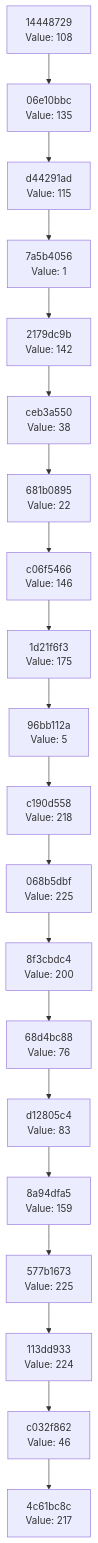
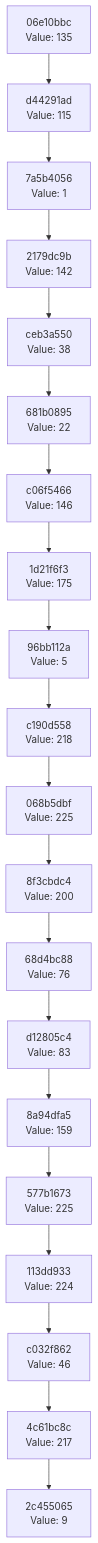
One commit to Abhisheksinha1506/hash-chain-evolver changed the diagram in docs/CHAIN_VISUALIZATION.md. Above: the diagram before and after it, drawn with Mermaid. The commit also changed 2 other files, not shown here.

Commit message:
Evolution Step

````diff
--- a/docs/CHAIN_VISUALIZATION.md
+++ b/docs/CHAIN_VISUALIZATION.md
@@ -3,42 +3,42 @@
 ```mermaid
 graph TD
-    C0["4c61bc8c<br/>Value: 217"]
-    C1["c032f862<br/>Value: 46"]
+    C0["2c455065<br/>Value: 9"]
+    C1["4c61bc8c<br/>Value: 217"]
     C1 --> C0
-    C2["113dd933<br/>Value: 224"]
+    C2["c032f862<br/>Value: 46"]
     C2 --> C1
-    C3["577b1673<br/>Value: 225"]
+    C3["113dd933<br/>Value: 224"]
     C3 --> C2
-    C4["8a94dfa5<br/>Value: 159"]
+    C4["577b1673<br/>Value: 225"]
     C4 --> C3
-    C5["d12805c4<br/>Value: 83"]
+    C5["8a94dfa5<br/>Value: 159"]
     C5 --> C4
-    C6["68d4bc88<br/>Value: 76"]
+    C6["d12805c4<br/>Value: 83"]
     C6 --> C5
-    C7["8f3cbdc4<br/>Value: 200"]
+    C7["68d4bc88<br/>Value: 76"]
     C7 --> C6
-    C8["068b5dbf<br/>Value: 225"]
+    C8["8f3cbdc4<br/>Value: 200"]
     C8 --> C7
-    C9["c190d558<br/>Value: 218"]
+    C9["068b5dbf<br/>Value: 225"]
     C9 --> C8
-    C10["96bb112a<br/>Value: 5"]
+    C10["c190d558<br/>Value: 218"]
     C10 --> C9
-    C11["1d21f6f3<br/>Value: 175"]
+    C11["96bb112a<br/>Value: 5"]
     C11 --> C10
-    C12["c06f5466<br/>Value: 146"]
+    C12["1d21f6f3<br/>Value: 175"]
     C12 --> C11
-    C13["681b0895<br/>Value: 22"]
+    C13["c06f5466<br/>Value: 146"]
     C13 --> C12
-    C14["ceb3a550<br/>Value: 38"]
+    C14["681b0895<br/>Value: 22"]
     C14 --> C13
-    C15["2179dc9b<br/>Value: 142"]
+    C15["ceb3a550<br/>Value: 38"]
     C15 --> C14
-    C16["7a5b4056<br/>Value: 1"]
+    C16["2179dc9b<br/>Value: 142"]
     C16 --> C15
-    C17["d44291ad<br/>Value: 115"]
+    C17["7a5b4056<br/>Value: 1"]
     C17 --> C16
-    C18["06e10bbc<br/>Value: 135"]
+    C18["d44291ad<br/>Value: 115"]
     C18 --> C17
-    C19["14448729<br/>Value: 108"]
+    C19["06e10bbc<br/>Value: 135"]
     C19 --> C18
 ```
````
